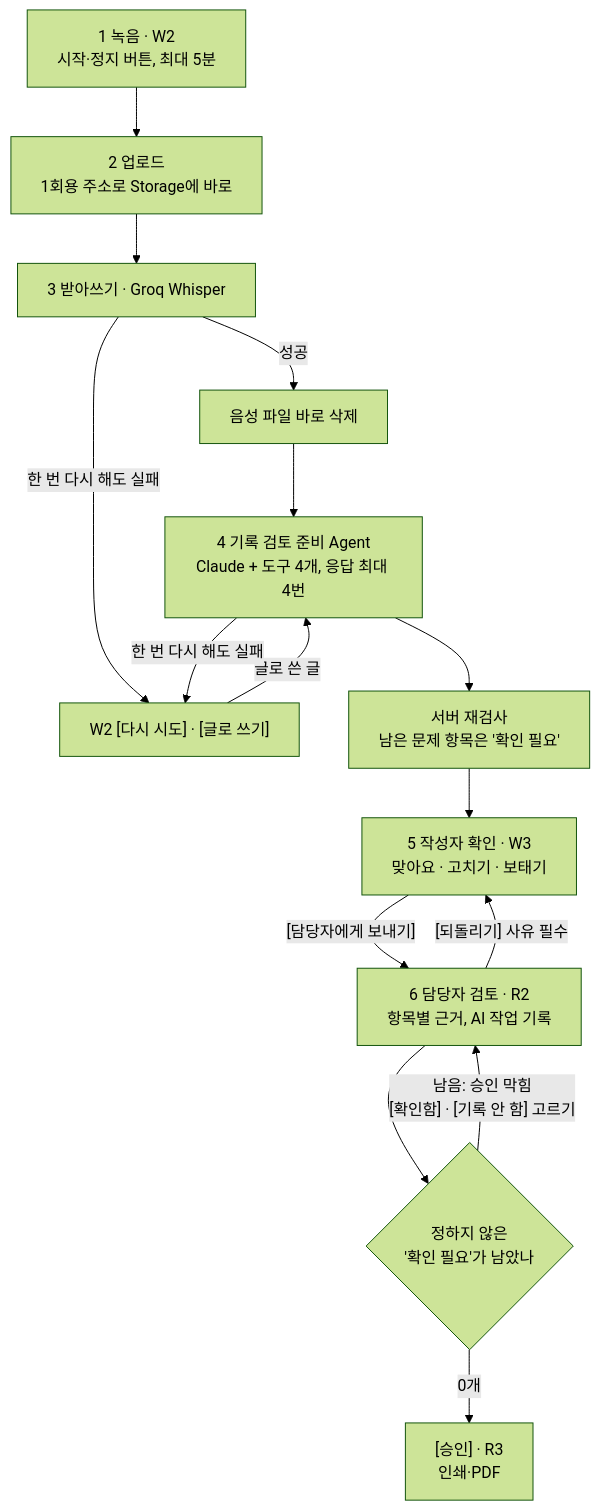
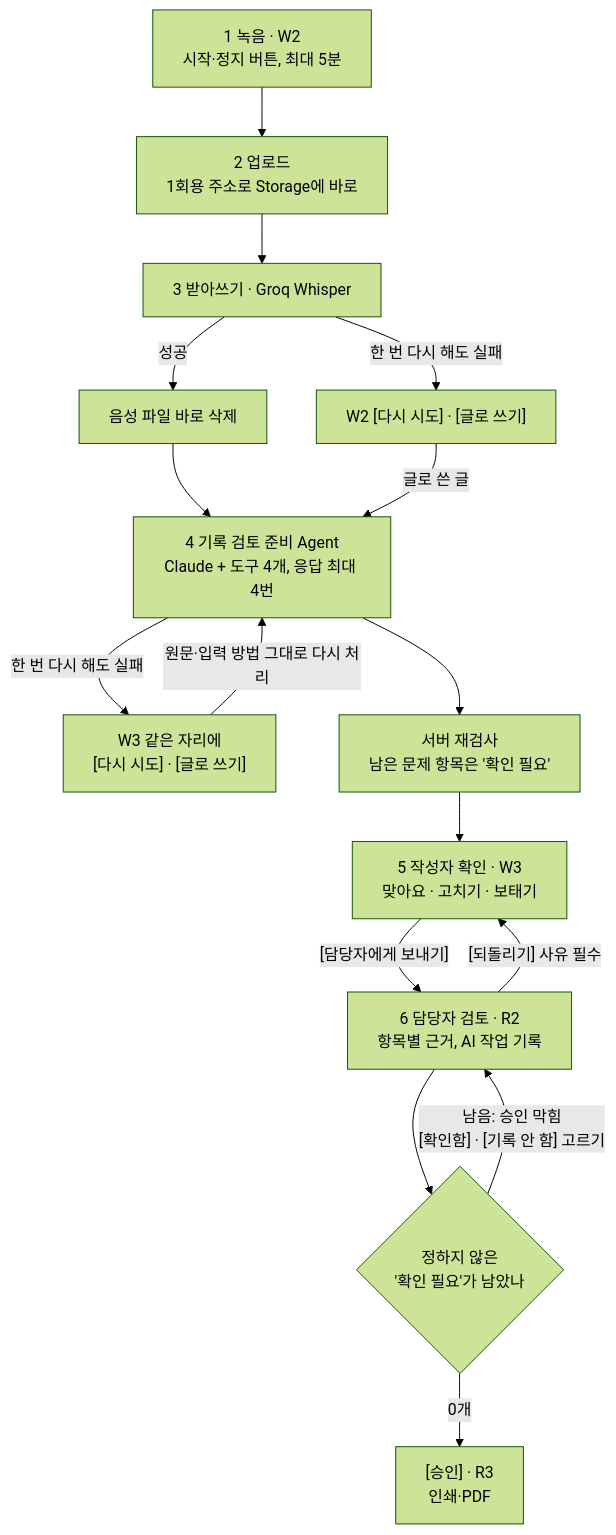
Before and after one commit to 2dion/CareBridge: the second of 2 diagrams in 문서/설계/기술선택-v1.1.md, drawn with Mermaid (forest theme). The commit also changed other lines of this file and 1 other file, not shown here.

Commit message:
그림 고침: Agent 실패는 W3로, 도우미 음성 작업은 기록 없이
- 기술선택 처리 흐름 그림: 받아쓰기 실패는 W2, 초안 처리 실패는 W3 같은 자리에서 다시 시도
- 기술선택 위험 표의 옛 W2 문구를 AI 규칙 v1.1.1과 맞춤
- 데이터구조 표 관계도: records와 audio_jobs를 선택 관계로(target=helper는 record_id 없음)

Claude-Session: https://claude.ai/code/session_01MJKo8zg7ZmaBdt4Cu4F3uY

````diff
--- a/문서/설계/기술선택-v1.1.md
+++ b/문서/설계/기술선택-v1.1.md
@@ -182,17 +182,18 @@
 ```mermaid
 flowchart TD
   A["1 녹음 · W2<br/>시작·정지 버튼, 최대 5분"] --> B["2 업로드<br/>1회용 주소로 Storage에 바로"]
   B --> C["3 받아쓰기 · Groq Whisper"]
   C -->|성공| D["음성 파일 바로 삭제"]
   C -->|"한 번 다시 해도 실패"| X["W2 [다시 시도] · [글로 쓰기]"]
   D --> E["4 기록 검토 준비 Agent<br/>Claude + 도구 4개, 응답 최대 4번"]
   X -->|"글로 쓴 글"| E
-  E -->|"한 번 다시 해도 실패"| X
+  E -->|"한 번 다시 해도 실패"| Y["W3 같은 자리에<br/>[다시 시도] · [글로 쓰기]"]
+  Y -->|"원문·입력 방법 그대로 다시 처리"| E
   E --> F["서버 재검사<br/>남은 문제 항목은 '확인 필요'"]
   F --> G["5 작성자 확인 · W3<br/>맞아요 · 고치기 · 보태기"]
   G -->|"[담당자에게 보내기]"| H["6 담당자 검토 · R2<br/>항목별 근거, AI 작업 기록"]
   H -->|"[되돌리기] 사유 필수"| G
   H --> I{"정하지 않은<br/>'확인 필요'가 남았나"}
   I -->|"남음: 승인 막힘<br/>[확인함] · [기록 안 함] 고르기"| H
   I -->|"0개"| J["[승인] · R3<br/>인쇄·PDF"]
 ```
````
